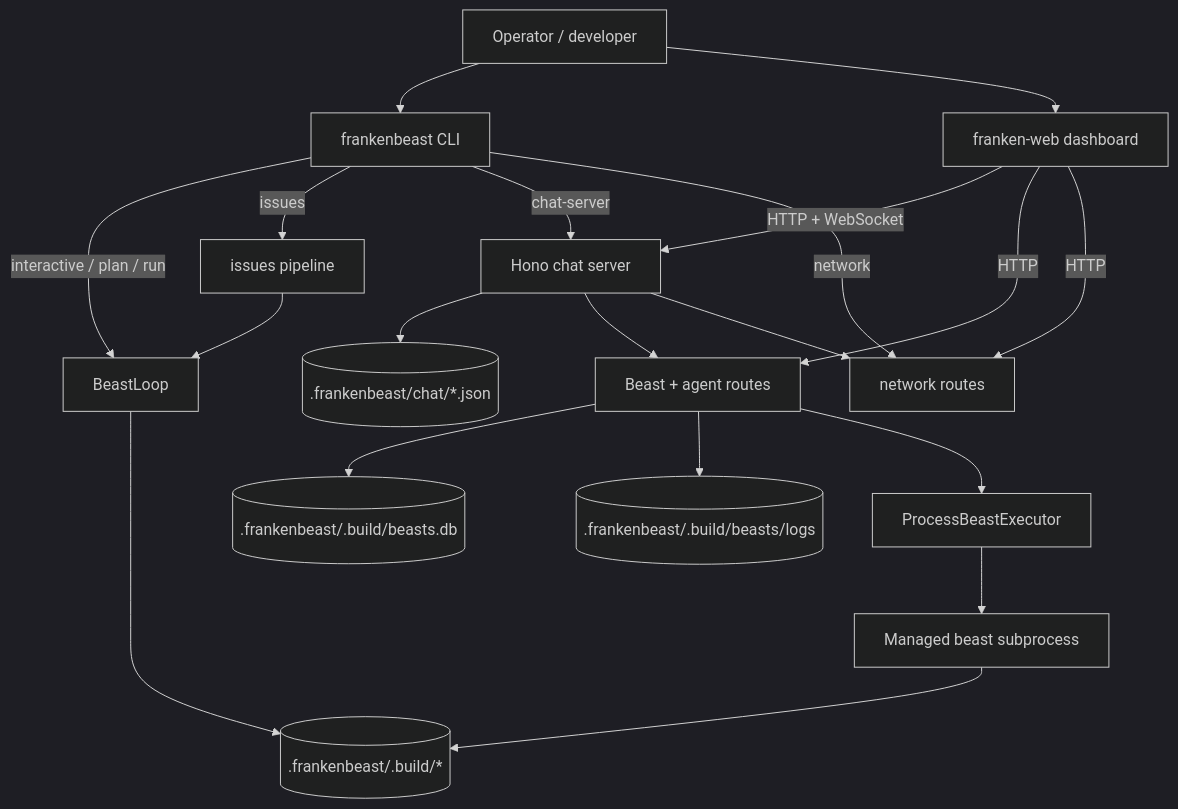
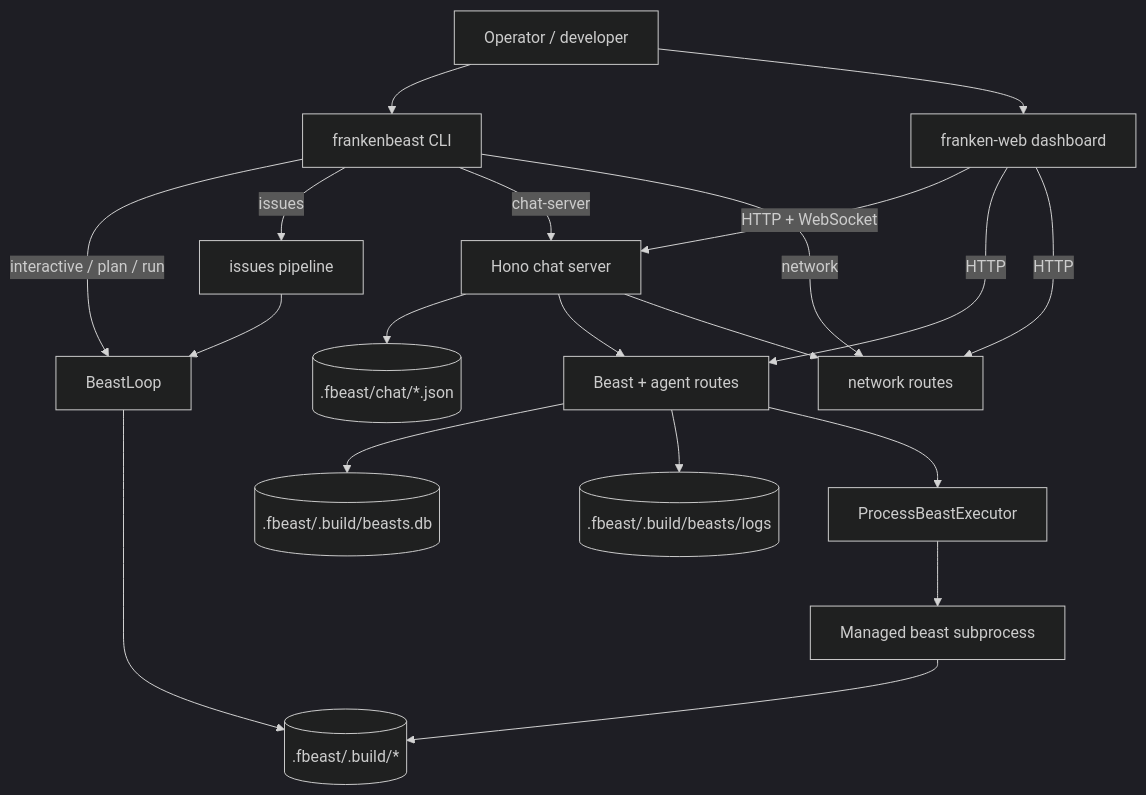
The first of 18 diagrams in docs/DATA_FLOW.md (djm204/frankenbeast), drawn with Mermaid (dark theme) before and after one commit. The commit also changed other lines of this file and 49 other files, not shown here.

````diff
--- a/docs/DATA_FLOW.md
+++ b/docs/DATA_FLOW.md
@@ -41,43 +41,43 @@
 ```mermaid
 flowchart TD
     User["Operator / developer"]
     CLI["frankenbeast CLI"]
     Dashboard["franken-web dashboard"]
     ChatServer["Hono chat server"]
     BeastApi["Beast + agent routes"]
     NetworkApi["network routes"]
     Issues["issues pipeline"]
     BeastLoop["BeastLoop"]
     ProcessExec["ProcessBeastExecutor"]
     Subprocess["Managed beast subprocess"]
 
-    ChatStore[(".frankenbeast/chat/*.json")]
-    BeastDb[(".frankenbeast/.build/beasts.db")]
-    BeastLogs[(".frankenbeast/.build/beasts/logs")]
-    BuildArtifacts[(".frankenbeast/.build/*")]
+    ChatStore[(".fbeast/chat/*.json")]
+    BeastDb[(".fbeast/.build/beasts.db")]
+    BeastLogs[(".fbeast/.build/beasts/logs")]
+    BuildArtifacts[(".fbeast/.build/*")]
 
     User --> CLI
     User --> Dashboard
 
     Dashboard -->|HTTP + WebSocket| ChatServer
     Dashboard -->|HTTP| BeastApi
     Dashboard -->|HTTP| NetworkApi
 
     CLI -->|interactive / plan / run| BeastLoop
     CLI -->|issues| Issues
     CLI -->|chat-server| ChatServer
     CLI -->|network| NetworkApi
 
     ChatServer --> ChatStore
     ChatServer --> BeastApi
     ChatServer --> NetworkApi
 
     BeastApi --> BeastDb
     BeastApi --> BeastLogs
     BeastApi --> ProcessExec
     ProcessExec --> Subprocess
     Subprocess --> BuildArtifacts
 
     Issues --> BeastLoop
     BeastLoop --> BuildArtifacts
 ```
````
